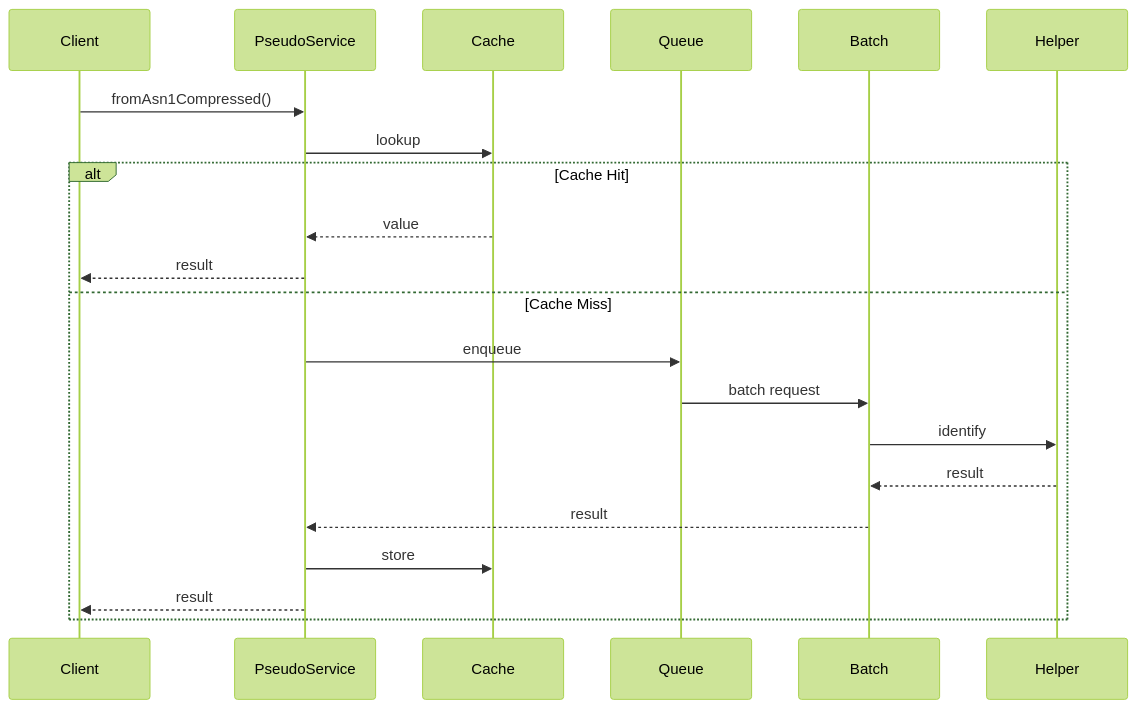
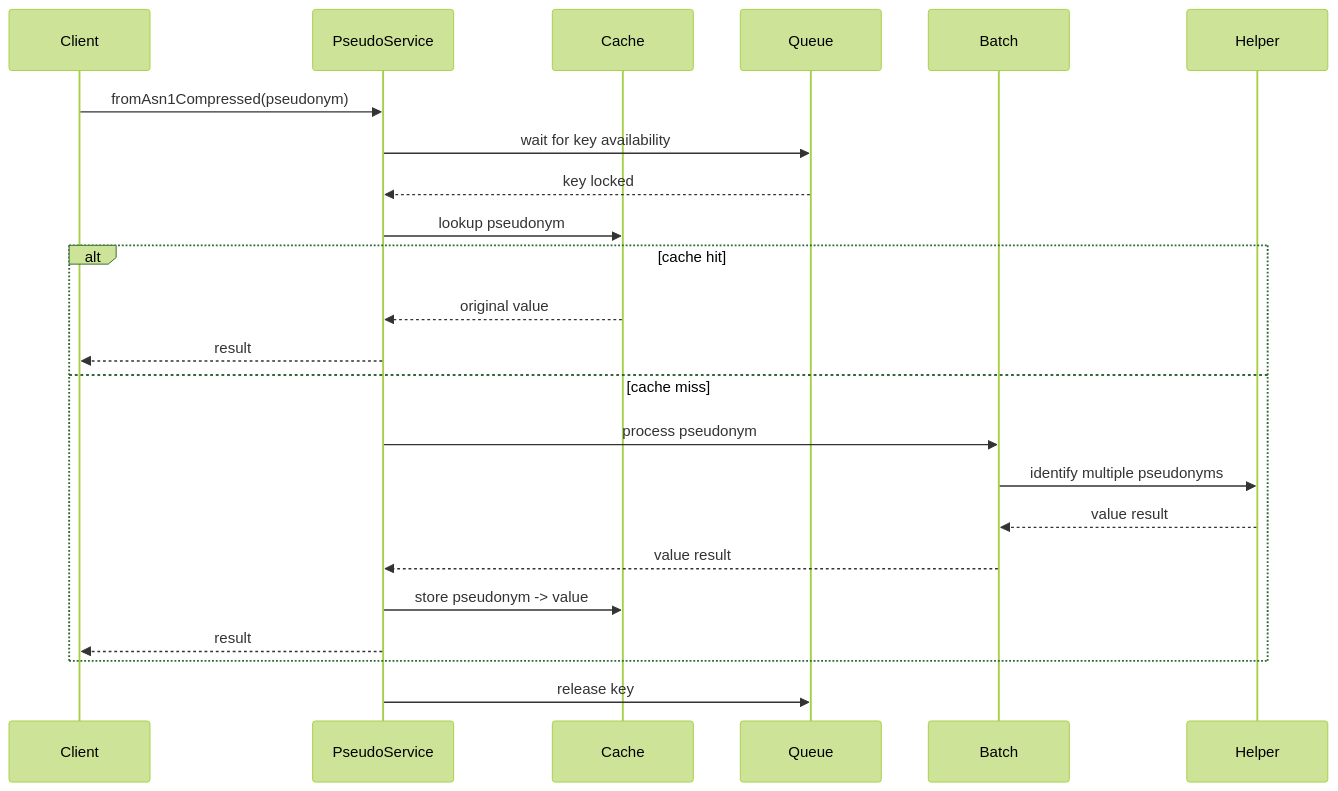
One commit to smals-belgium/shared-pseudo-tools-js changed the fourth of 4 diagrams in ARCHITECTURE.MD. Above: the diagram before and after it, drawn with Mermaid (forest theme). The commit also changed other lines of this file and 12 other files, not shown here.

````diff
--- a/ARCHITECTURE.MD
+++ b/ARCHITECTURE.MD
@@ -336,27 +195,28 @@
 ```mermaid
 sequenceDiagram
+    participant Client
+    participant PseudoService
+    participant Cache
+    participant Queue
+    participant Batch
+    participant Helper
 
-participant Client
-participant PseudoService
-participant Cache
-participant Queue
-participant Batch
-participant Helper
+    Client->>PseudoService: fromAsn1Compressed(pseudonym)
+    PseudoService->>Queue: wait for key availability
+    Queue-->>PseudoService: key locked
+    PseudoService->>Cache: lookup pseudonym
 
-Client->>PseudoService: fromAsn1Compressed()
+    alt cache hit
+        Cache-->>PseudoService: original value
+        PseudoService-->>Client: result
+    else cache miss
+        PseudoService->>Batch: process pseudonym
+        Batch->>Helper: identify multiple pseudonyms
+        Helper-->>Batch: value result
+        Batch-->>PseudoService: value result
+        PseudoService->>Cache: store pseudonym -> value
+        PseudoService-->>Client: result
+    end
 
-PseudoService->>Cache: lookup
-
-alt Cache Hit
-    Cache-->>PseudoService: value
-    PseudoService-->>Client: result
-else Cache Miss
-    PseudoService->>Queue: enqueue
-    Queue->>Batch: batch request
-    Batch->>Helper: identify
-    Helper-->>Batch: result
-    Batch-->>PseudoService: result
-    PseudoService->>Cache: store
-    PseudoService-->>Client: result
-end
+    PseudoService->>Queue: release key
 ```
````
